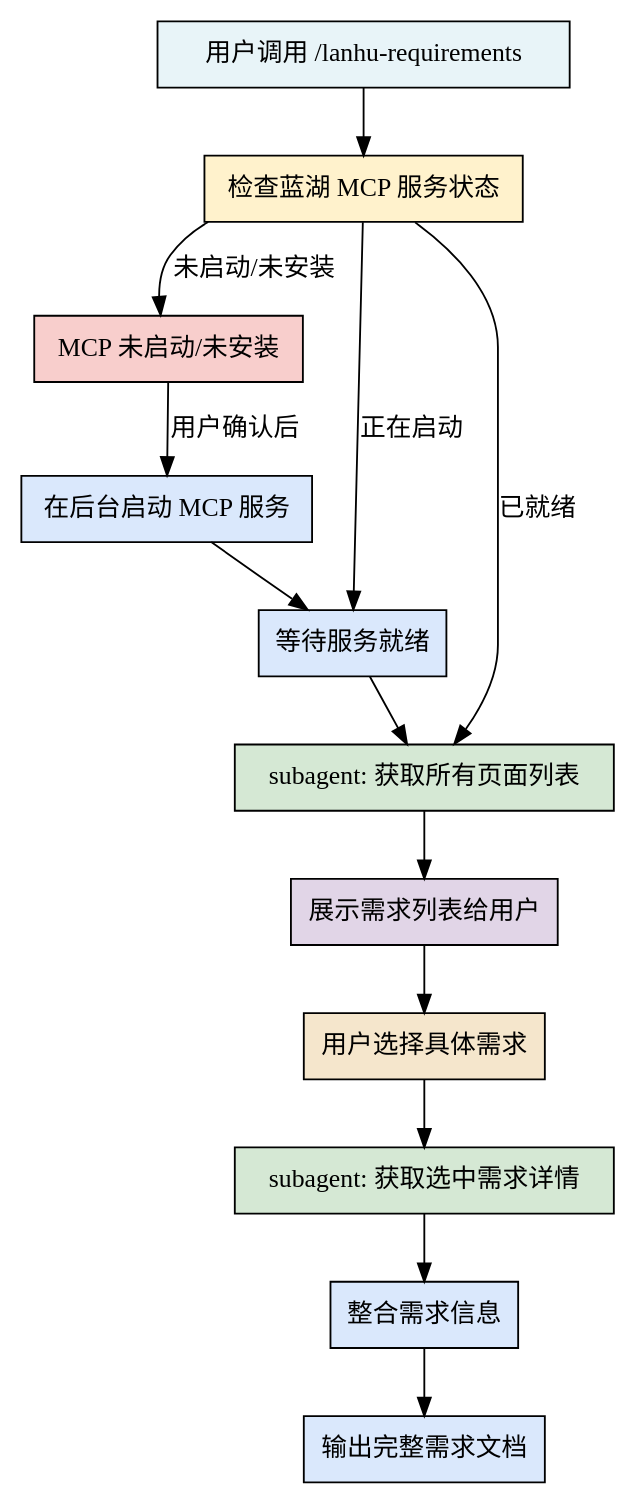
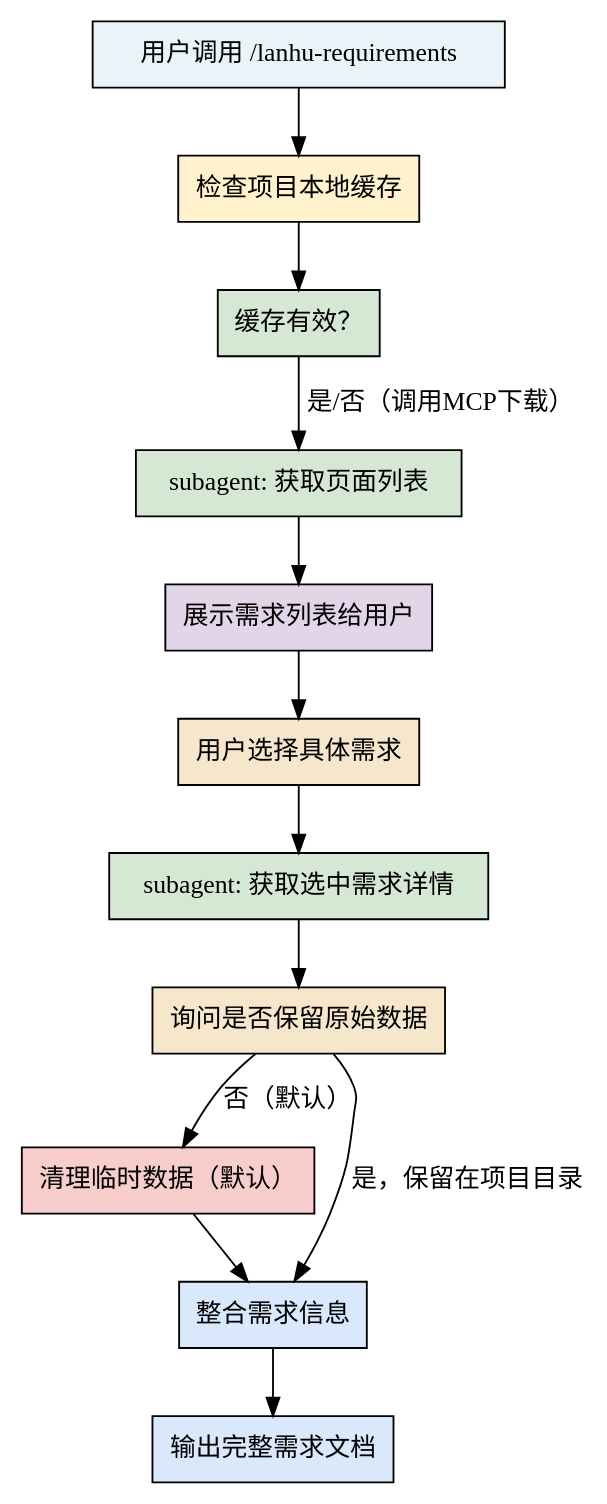
One commit to BlackFlame-plus/Flame-Skills changed the first of 2 diagrams in plugins/ui-or-prd-tool/skills/lanhu-requirements/SKILL.md. Above: the diagram before and after it, drawn with Graphviz. The commit also changed other lines of this file and 50 other files, not shown here.

````diff
--- a/plugins/ui-or-prd-tool/skills/lanhu-requirements/SKILL.md
+++ b/plugins/ui-or-prd-tool/skills/lanhu-requirements/SKILL.md
@@ -23,31 +23,29 @@
 ```dot
 digraph lanhu_flow {
     rankdir=TB;
     node [shape=box, style=filled, fillcolor="#e8f4f8"];
 
     start [label="用户调用 /lanhu-requirements"];
-    check_mcp [label="检查蓝湖 MCP 服务状态", fillcolor="#fff2cc"];
-    install_guide [label="MCP 未启动/未安装", fillcolor="#f8cecc"];
-    start_mcp [label="在后台启动 MCP 服务", fillcolor="#dae8fc"];
-    wait_ready [label="等待服务就绪", fillcolor="#dae8fc"];
-    get_pages [label="subagent: 获取所有页面列表", fillcolor="#d5e8d4"];
+    check_cache [label="检查项目本地缓存", fillcolor="#fff2cc"];
+    cache_valid [label="缓存有效？", fillcolor="#d5e8d4"];
+    get_pages [label="subagent: 获取页面列表", fillcolor="#d5e8d4"];
     list_requirements [label="展示需求列表给用户", fillcolor="#e1d5e7"];
     user_select [label="用户选择具体需求", fillcolor="#f5e6cc"];
     get_detail [label="subagent: 获取选中需求详情", fillcolor="#d5e8d4"];
+    ask_keep [label="询问是否保留原始数据", fillcolor="#f5e6cc"];
+    cleanup [label="清理临时数据（默认）", fillcolor="#f8cecc"];
     synthesize [label="整合需求信息", fillcolor="#dae8fc"];
     report [label="输出完整需求文档", fillcolor="#dae8fc"];
 
-    start -> check_mcp;
-    check_mcp -> install_guide [label="未启动/未安装"];
-    check_mcp -> wait_ready [label="正在启动"];
-    check_mcp -> get_pages [label="已就绪"];
-    install_guide -> start_mcp [label="用户确认后"];
-    start_mcp -> wait_ready;
-    wait_ready -> get_pages;
+    start -> check_cache -> cache_valid;
+    cache_valid -> get_pages [label="是/否（调用MCP下载）"];
     get_pages -> list_requirements;
     list_requirements -> user_select;
     user_select -> get_detail;
-    get_detail -> synthesize;
+    get_detail -> ask_keep;
+    ask_keep -> cleanup [label="否（默认）"];
+    ask_keep -> synthesize [label="是，保留在项目目录"];
+    cleanup -> synthesize;
     synthesize -> report;
 }
 ```
````
